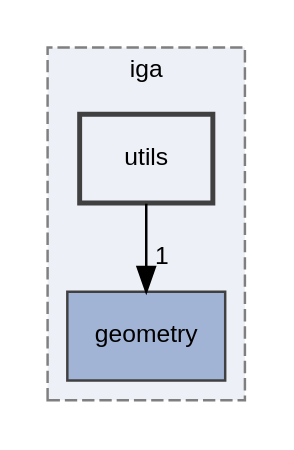
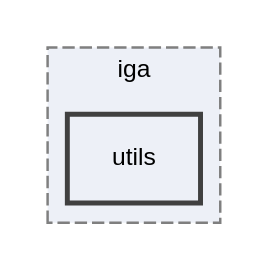
The diagram in dir_054fedf05f142c88b967e78541d2ed3d_dep.dot (rath3t/dune-iga-doc), drawn with Graphviz before and after one commit. The commit also changed 1230 other files, not shown here.

```diff
--- a/dir_054fedf05f142c88b967e78541d2ed3d_dep.dot
+++ b/dir_054fedf05f142c88b967e78541d2ed3d_dep.dot
@@ -1,13 +1,11 @@
 digraph "utils"
 {
  // LATEX_PDF_SIZE
   edge [fontname="Helvetica",fontsize="10",labelfontname="Helvetica",labelfontsize="10"];
   node [fontname="Helvetica",fontsize="10",shape=record];
   compound=true
   subgraph clusterdir_d2a3c23294a1b1015b1b8e8721ddded8 {
     graph [ bgcolor="#edf0f7", pencolor="grey50", style="filled,dashed,", label="iga", fontname="Helvetica", fontsize="10", URL="dir_d2a3c23294a1b1015b1b8e8721ddded8.html"]
-  dir_b534248905b8119b36a62f0ff7e8fe43 [shape=box, label="geometry", style="filled,", fillcolor="#a2b4d6", color="grey25", URL="dir_b534248905b8119b36a62f0ff7e8fe43.html"];
   dir_054fedf05f142c88b967e78541d2ed3d [shape=box, label="utils", style="filled,bold,", fillcolor="#edf0f7", color="grey25", URL="dir_054fedf05f142c88b967e78541d2ed3d.html"];
   }
-  dir_054fedf05f142c88b967e78541d2ed3d->dir_b534248905b8119b36a62f0ff7e8fe43 [headlabel="1", labeldistance=1.5 headhref="dir_000011_000003.html"];
 }
```
